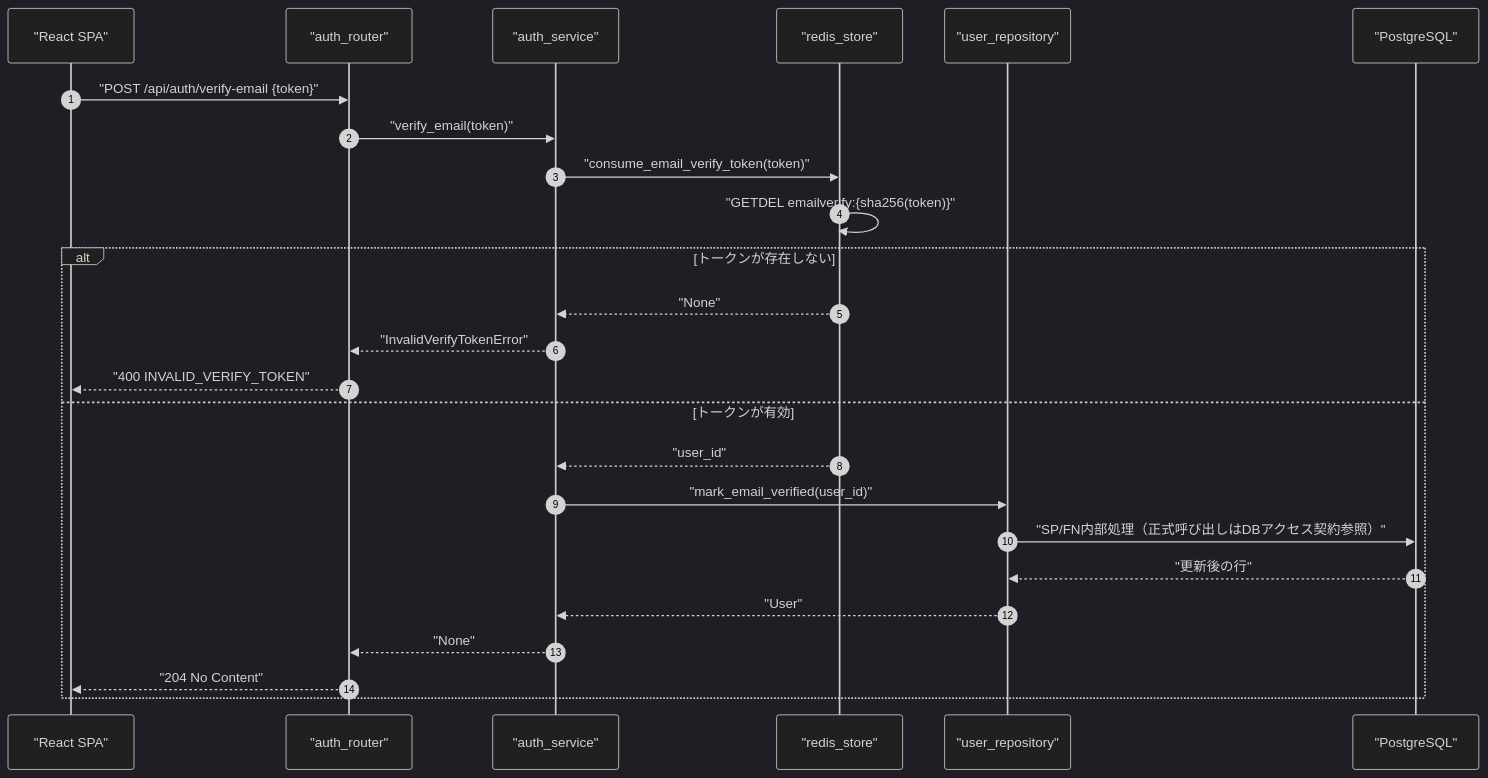
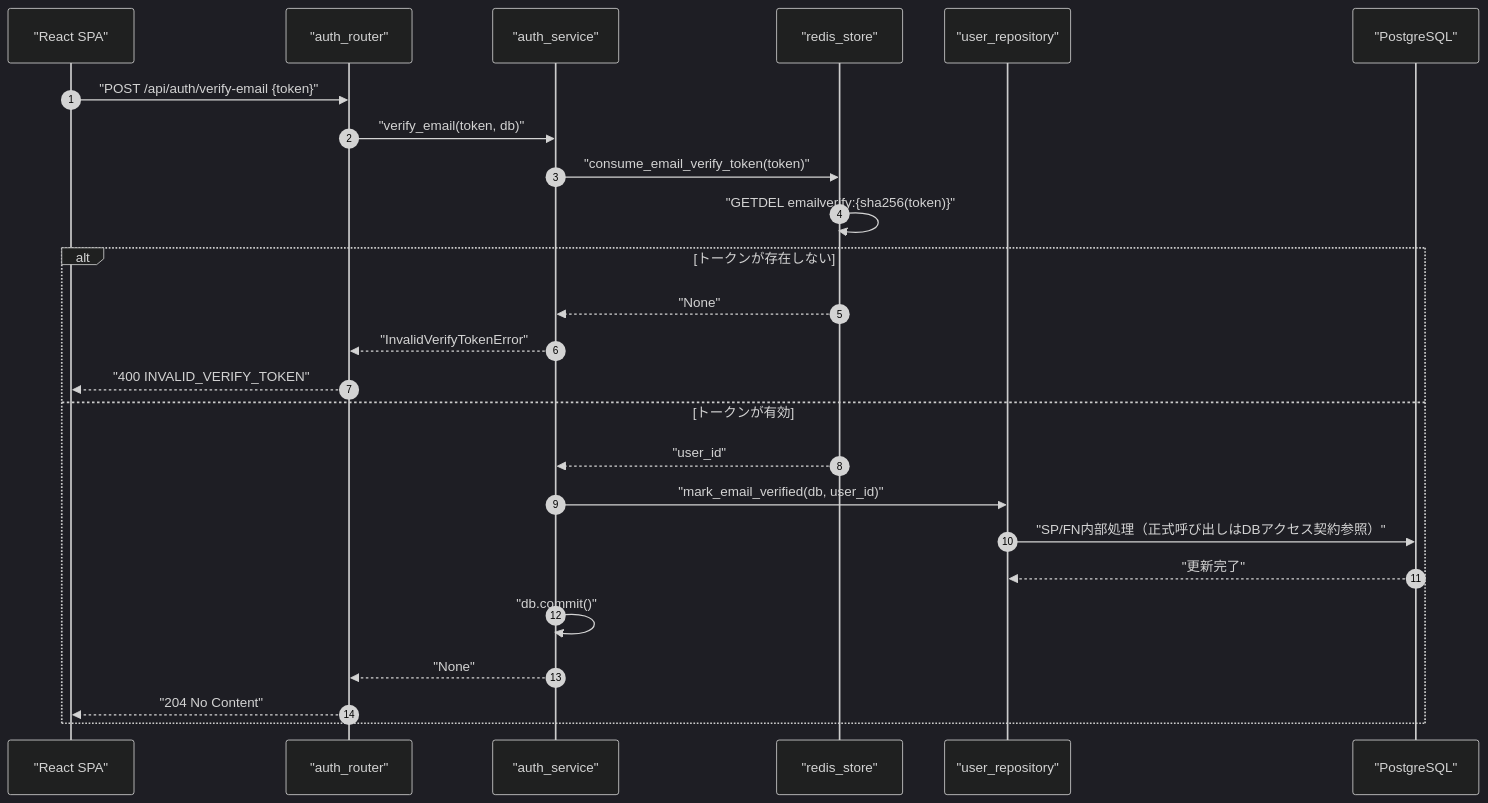
Before and after one commit to oikawa-d/task_management: the first of 4 diagrams in docs/detailed_design/api/auth/07_post_auth_verify_email.md, drawn with Mermaid (dark theme). The commit also changed other lines of this file and 33 other files, not shown here.

````diff
--- a/docs/detailed_design/api/auth/07_post_auth_verify_email.md
+++ b/docs/detailed_design/api/auth/07_post_auth_verify_email.md
@@ -86,28 +86,28 @@
 ```mermaid
 sequenceDiagram
     autonumber
     participant FE as "React SPA"
     participant R as "auth_router"
     participant S as "auth_service"
     participant RD as "redis_store"
     participant UR as "user_repository"
     participant PG as "PostgreSQL"
 
     FE->>R: "POST /api/auth/verify-email {token}"
-    R->>S: "verify_email(token)"
+    R->>S: "verify_email(token, db)"
     S->>RD: "consume_email_verify_token(token)"
     RD->>RD: "GETDEL emailverify:{sha256(token)}"
     alt トークンが存在しない
         RD-->>S: "None"
         S-->>R: "InvalidVerifyTokenError"
         R-->>FE: "400 INVALID_VERIFY_TOKEN"
     else トークンが有効
         RD-->>S: "user_id"
-        S->>UR: "mark_email_verified(user_id)"
+        S->>UR: "mark_email_verified(db, user_id)"
         UR->>PG: "SP/FN内部処理（正式呼び出しはDBアクセス契約参照）"
-        PG-->>UR: "更新後の行"
-        UR-->>S: "User"
+        PG-->>UR: "更新完了"
+        S->>S: "db.commit()"
         S-->>R: "None"
         R-->>FE: "204 No Content"
     end
 ```
````
